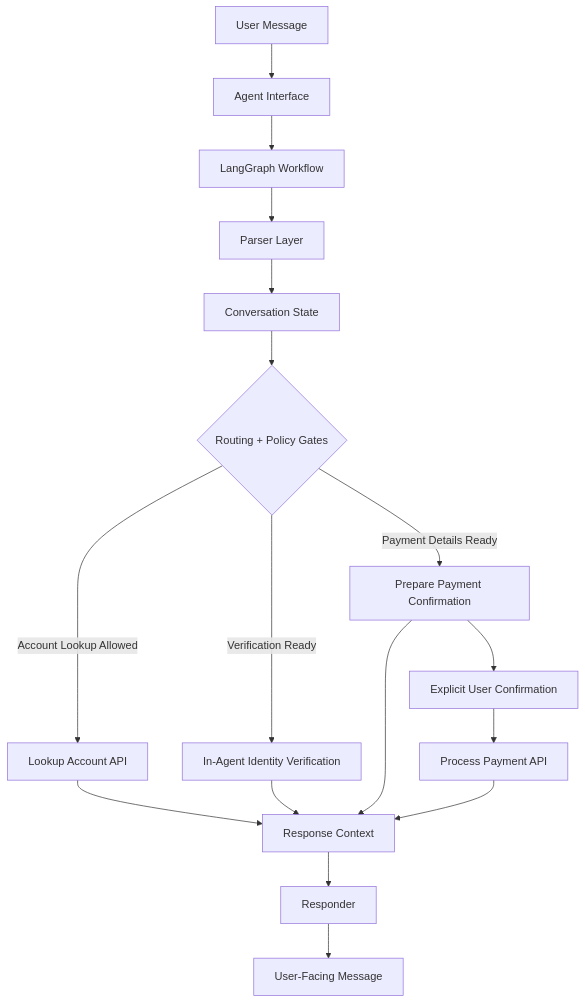
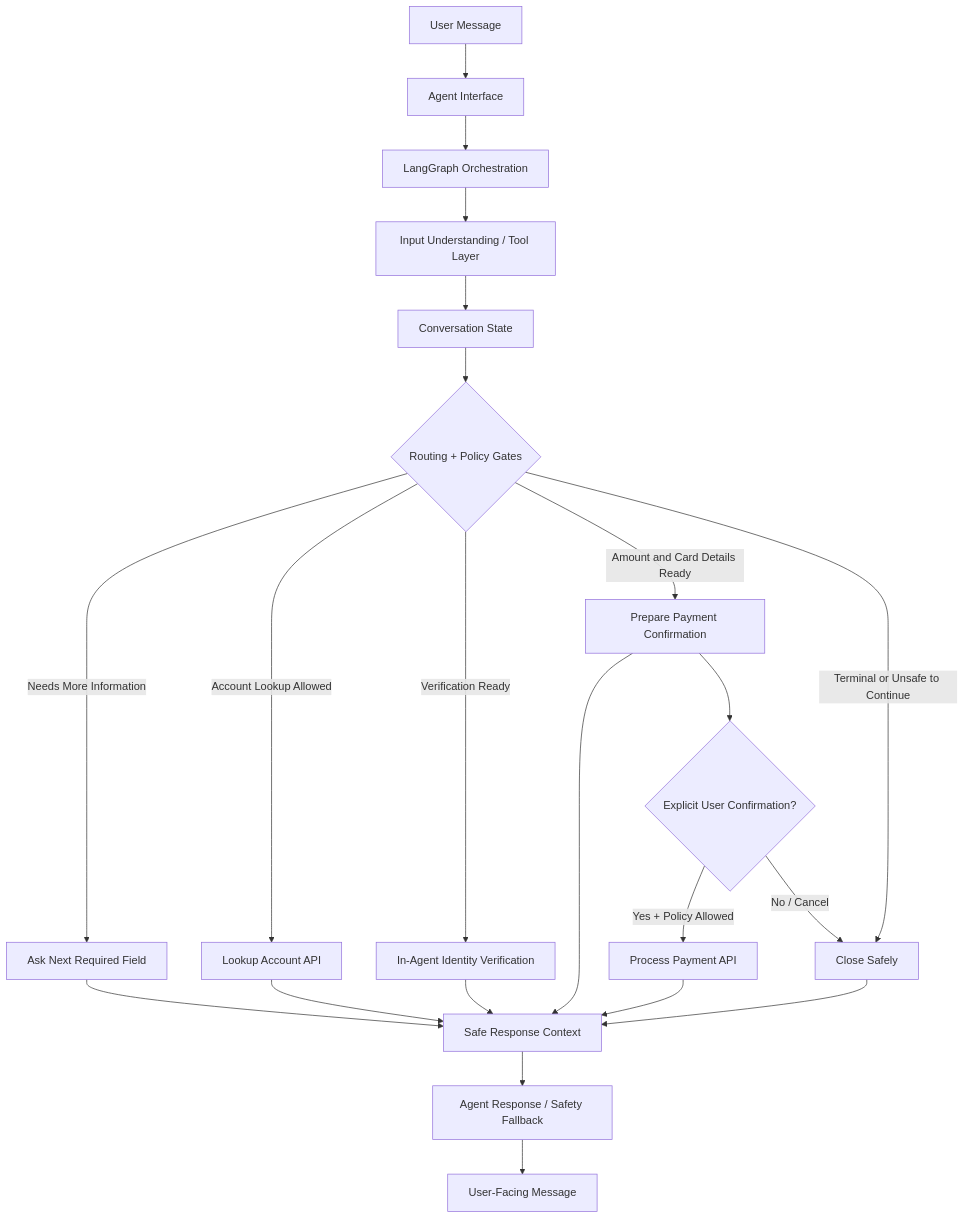
One commit to KayvanShah1/settlesentry-payment-collection-agent changed the diagram in README.md. Above: the diagram before and after it, drawn with Mermaid. The commit also changed other lines of this file and 5 other files, not shown here.

Commit message:
docs: refresh mode architecture and autonomous documentation

````diff
--- a/README.md
+++ b/README.md
@@ -41,21 +47,27 @@
 ```mermaid
 flowchart TD
     U[User Message] --> I[Agent Interface]
-    I --> G[LangGraph Workflow]
-    G --> P[Parser Layer]
+    I --> G[LangGraph Orchestration]
+    G --> P[Input Understanding / Tool Layer]
     P --> S[Conversation State]
     S --> R{Routing + Policy Gates}
 
+    R -->|Needs More Information| Q[Ask Next Required Field]
     R -->|Account Lookup Allowed| L[Lookup Account API]
     R -->|Verification Ready| V[In-Agent Identity Verification]
-    R -->|Payment Details Ready| C[Prepare Payment Confirmation]
-    C --> K[Explicit User Confirmation]
-    K --> X[Process Payment API]
+    R -->|Amount and Card Details Ready| C[Prepare Payment Confirmation]
+    C --> K{Explicit User Confirmation?}
+    K -->|Yes + Policy Allowed| X[Process Payment API]
+    K -->|No / Cancel| Z[Close Safely]
+    R -->|Terminal or Unsafe to Continue| Z
 
-    L --> M[Response Context]
+    Q --> M[Safe Response Context]
+    L --> M
     V --> M
     C --> M
     X --> M
-    M --> W[Responder]
+    Z --> M
+
+    M --> W[Agent Response / Safety Fallback]
     W --> A[User-Facing Message]
 ```
````
